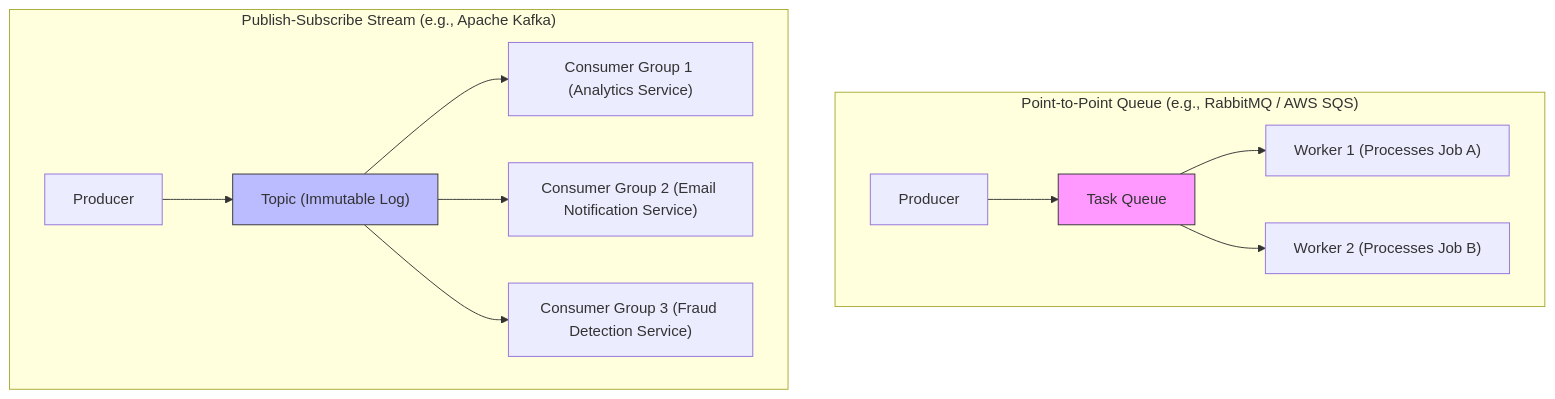
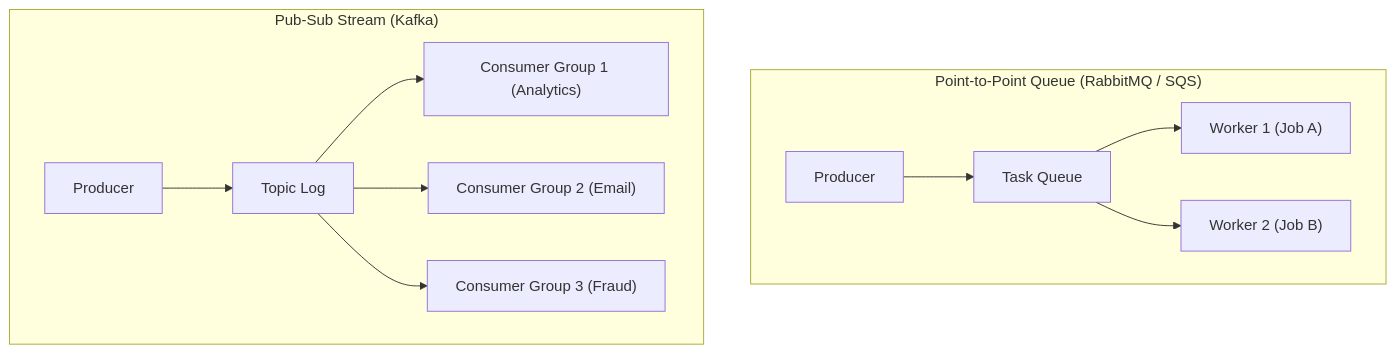
The first of 4 diagrams in strivers-hld/08-Messaging-and-Event-Driven-Systems/README.md (Sourav108/strivers-lld), drawn with Mermaid before and after one commit. The commit also changed other lines of this file and 39 other files, not shown here.

Commit message:
fix(mermaid): wrap node labels, simplify diamonds, and reformat wide diagrams for perfect GitHub rendering

````diff
--- a/strivers-hld/08-Messaging-and-Event-Driven-Systems/README.md
+++ b/strivers-hld/08-Messaging-and-Event-Driven-Systems/README.md
@@ -5,17 +5,15 @@
 ```mermaid
 flowchart TD
-    subgraph PTP["Point-to-Point Queue (e.g., RabbitMQ / AWS SQS)"]
+    subgraph PTP["Point-to-Point Queue (RabbitMQ / SQS)"]
         Producer1["Producer"] --> Queue["Task Queue"]
-        Queue --> Worker1["Worker 1 (Processes Job A)"]
-        Queue --> Worker2["Worker 2 (Processes Job B)"]
-        style Queue fill:#f9f,stroke:#333
+        Queue --> Worker1["Worker 1 (Job A)"]
+        Queue --> Worker2["Worker 2 (Job B)"]
     end
 
-    subgraph PubSub["Publish-Subscribe Stream (e.g., Apache Kafka)"]
-        Producer2["Producer"] --> Topic["Topic (Immutable Log)"]
-        Topic --> CG1["Consumer Group 1 (Analytics Service)"]
-        Topic --> CG2["Consumer Group 2 (Email Notification Service)"]
-        Topic --> CG3["Consumer Group 3 (Fraud Detection Service)"]
-        style Topic fill:#bbf,stroke:#333
+    subgraph PubSub["Pub-Sub Stream (Kafka)"]
+        Producer2["Producer"] --> Topic["Topic Log"]
+        Topic --> CG1["Consumer Group 1 (Analytics)"]
+        Topic --> CG2["Consumer Group 2 (Email)"]
+        Topic --> CG3["Consumer Group 3 (Fraud)"]
     end
 ```
````
